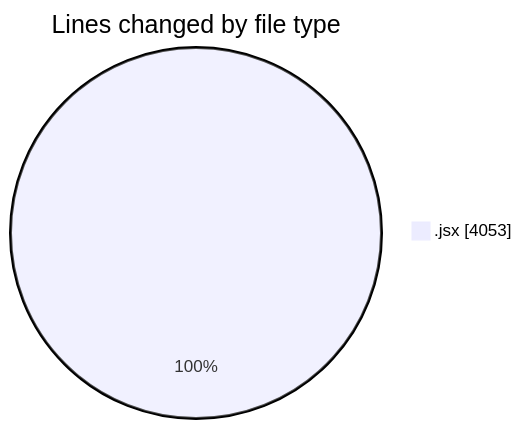
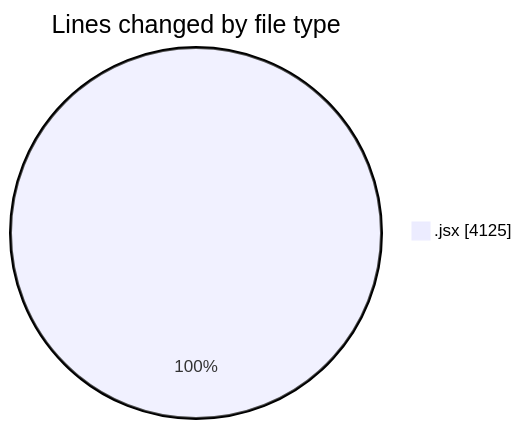
One commit to nxtqubesakshisongat/code-tracking changed the first of 2 diagrams in 2025-07-08/argos/README.md. Above: the diagram before and after it, drawn with Mermaid. The commit also changed other lines of this file and 1 other file, not shown here.

````diff
--- a/2025-07-08/argos/README.md
+++ b/2025-07-08/argos/README.md
@@ -24,5 +25,5 @@
 ```mermaid
 pie showData
 title Lines changed by file type
-".jsx" : 4053
+".jsx" : 4125
 ```
````
